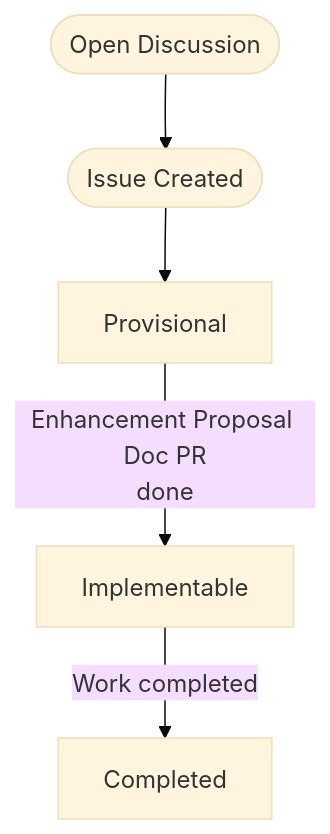
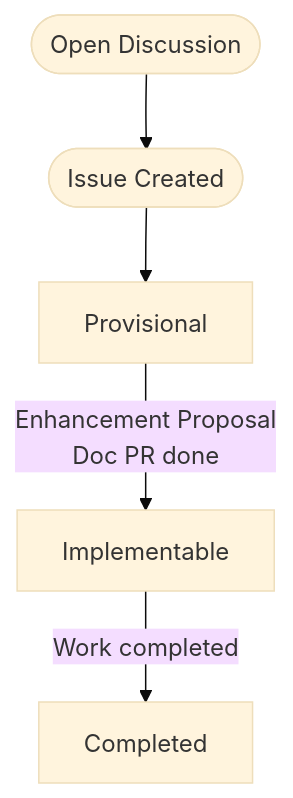
The diagram in docs/proposals/README.md (nginxinc/nginx-gateway-fabric), drawn with Mermaid (base theme) before and after one commit. The commit also changed other lines of this file and 1 other file, not shown here.

Commit message:
Small fixes

````diff
--- a/docs/proposals/README.md
+++ b/docs/proposals/README.md
@@ -30,7 +30,7 @@
 ```mermaid
 flowchart TD
     D([Open Discussion]) --> C
     C([Issue Created]) --> Provisional
-    Provisional -->|Enhancement Proposal Doc PR<br />done| Implementable
+    Provisional -->|Enhancement Proposal<br /> Doc PR done| Implementable
     Implementable -->|Work completed| Completed
 ```
````
